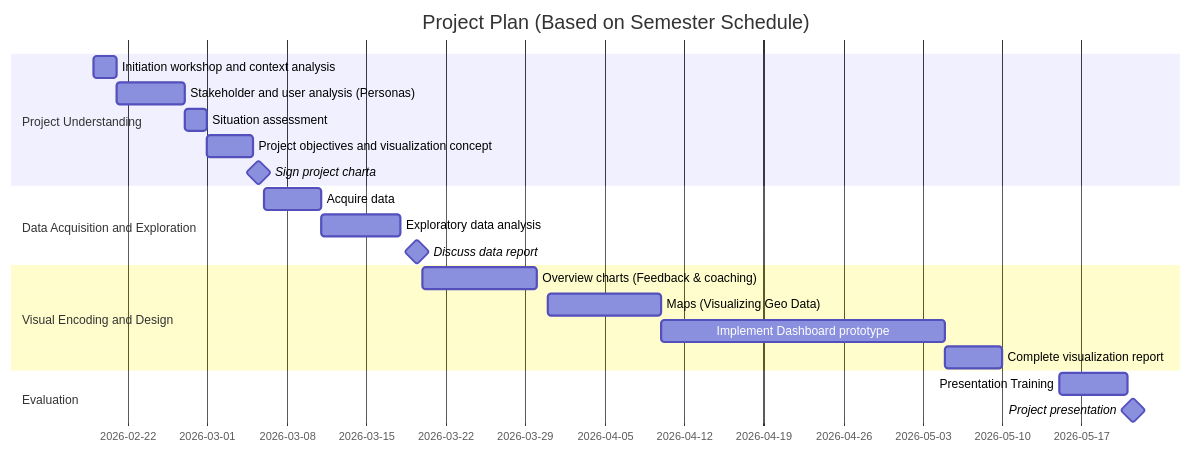
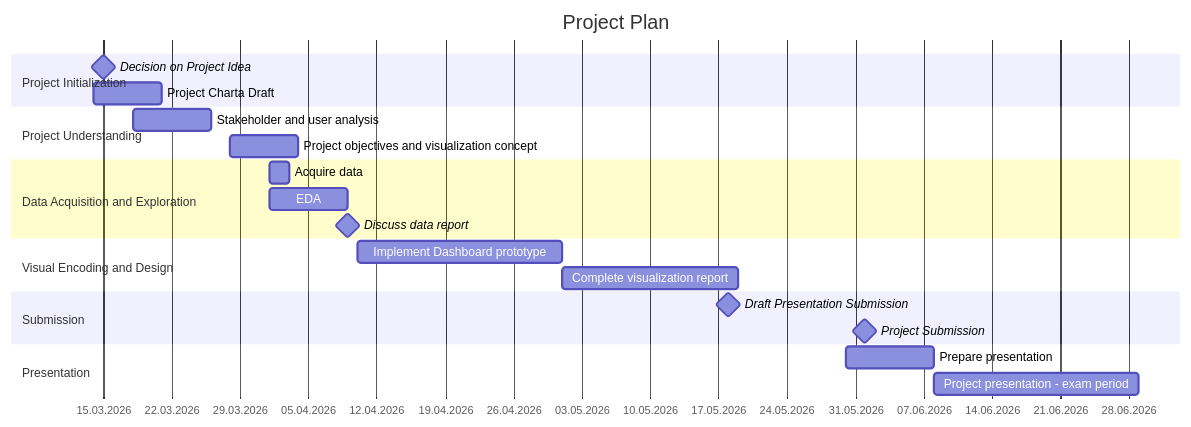
Before and after one commit to podsv-fs26-ad24/ad24-10-fancyproject: the second of 2 diagrams in docs/project_charta.qmd, drawn with Mermaid. The commit also changed other lines of this file and 3 other files, not shown here.

````diff
--- a/docs/project_charta.qmd
+++ b/docs/project_charta.qmd
@@ -387,31 +307,34 @@
 ```{mermaid}
 %%| label: fig-project-plan
-%%| fig-cap: Preliminary project plan in the form of a Gantt chart based on the 2026 semester schedule.
+%%| fig-cap: Preliminary project plan. Milestones are not final.
 gantt
-    title Project Plan (Based on Semester Schedule)
+    title Project Plan
     dateFormat YYYY-MM-DD
-    tickInterval 1week
-    axisFormat %Y-%m-%d
+    tickInterval 1 week
+    axisFormat %d.%m.%Y
+
+    section Project Initialization
+    Decision on Project Idea : milestone, m1, 2026-03-14, 2d
+    Project Charta Draft : a1, 2026-03-14, 7d
 
     section Project Understanding
-        Initiation workshop and context analysis     :a1, 2026-02-19, 2d
-        Stakeholder and user analysis (Personas)    :a3, 2026-02-21, 6d
-        Situation assessment                        :a4, 2026-02-27, 2d
-        Project objectives and visualization concept :a5, 2026-03-01, 4d
-        Sign project charta: milestone, m1, 2026-03-05, 1d
-    
+    Stakeholder and user analysis : a3, 2026-03-18, 8d
+    Project objectives and visualization concept : a4, 2026-03-28, 7d  
+
     section Data Acquisition and Exploration
-        Acquire data                                :a6, 2026-03-06, 5d
-        Exploratory data analysis                   :a7, 2026-03-11, 7d
-        Discuss data report: milestone, m2, 2026-03-19, 1d
-        
+    Acquire data : a5, 2026-04-01, 2d
+    EDA : a6, 2026-04-01, 8d
+    Discuss data report : milestone, m2, 2026-04-09, 0d
+
     section Visual Encoding and Design
-        Overview charts (Feedback & coaching)       :a8, 2026-03-20, 10d
-        Maps (Visualizing Geo Data)                  :a9, 2026-03-31, 10d
-        Implement Dashboard prototype                :a10, 2026-04-10, 25d
-        Complete visualization report               :a11, 2026-05-05, 5d
-    section Evaluation
-        Presentation Training                        :a12, 2026-05-15, 6d
-        Project presentation : milestone, m3, 2026-05-21, 1d
+    Implement Dashboard prototype : a7, 2026-04-10, 21d
+    Complete visualization report : a8, 2026-05-01, 18d
 
+    section Submission
+    Draft Presentation Submission : milestone, m3, 2026-05-18, 0d
+    Project Submission : milestone, m4, 2026-06-01, 0d
+
+    section Presentation
+    Prepare presentation : a10, 2026-05-30, 9d
+    Project presentation - exam period : a11, 2026-06-08, 21d
 ```
````
